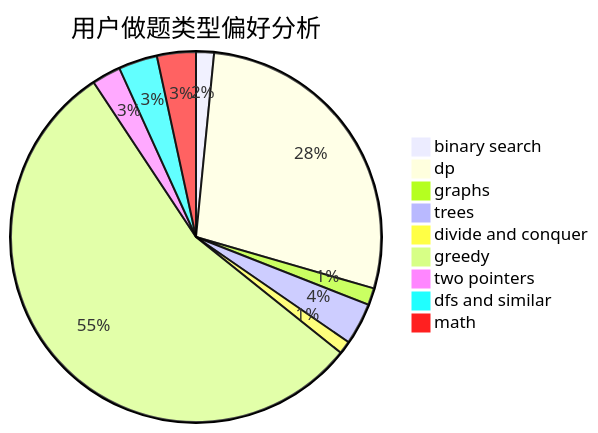
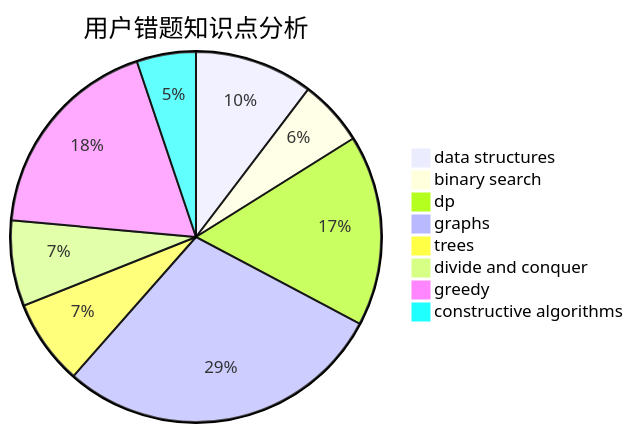
One commit to sherpahu/cfrs.github.io changed the third of 3 diagrams in docs/user/u2217.md. Above: the diagram before and after it, drawn with Mermaid. The commit also changed other lines of this file and 2775 other files, not shown here.

````diff
--- a/docs/user/u2217.md
+++ b/docs/user/u2217.md
@@ -23,12 +36,11 @@
 ```mermaid
-pie title 用户做题类型偏好分析
-    "binary search" :  18
-    "dp" :  321
-    "graphs" :  17
-    "trees" :  42
+pie title 用户错题知识点分析
+    "data structures" :  18
+    "binary search" :  10
+    "dp" :  29
+    "graphs" :  50
+    "trees" :  13
     "divide and conquer" :  13
-    "greedy" :  632
-    "two pointers" :  29
-    "dfs and similar" :  39
-    "math" :  39
+    "greedy" :  32
+    "constructive algorithms" :  9
 ```
````
